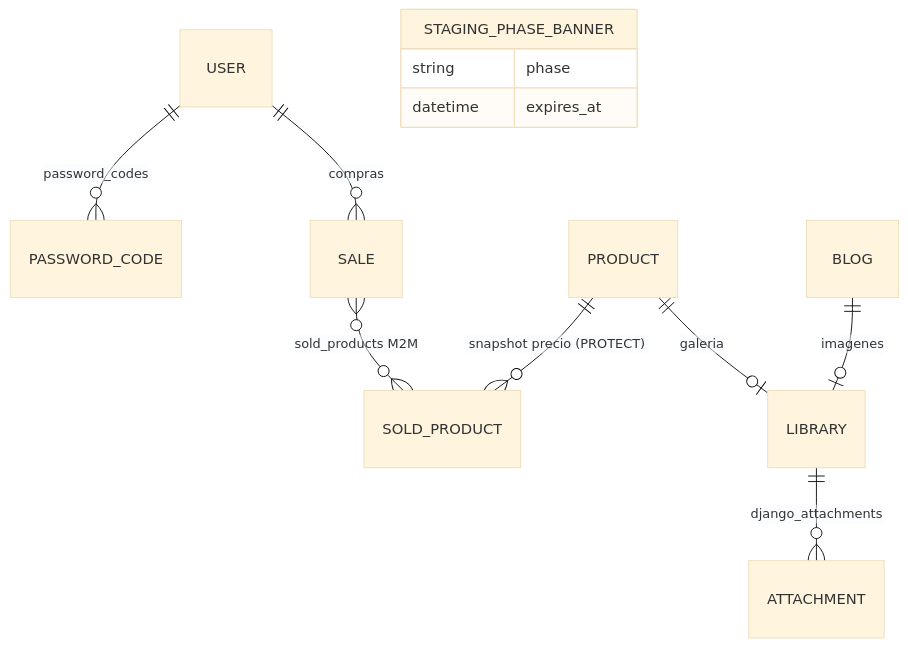
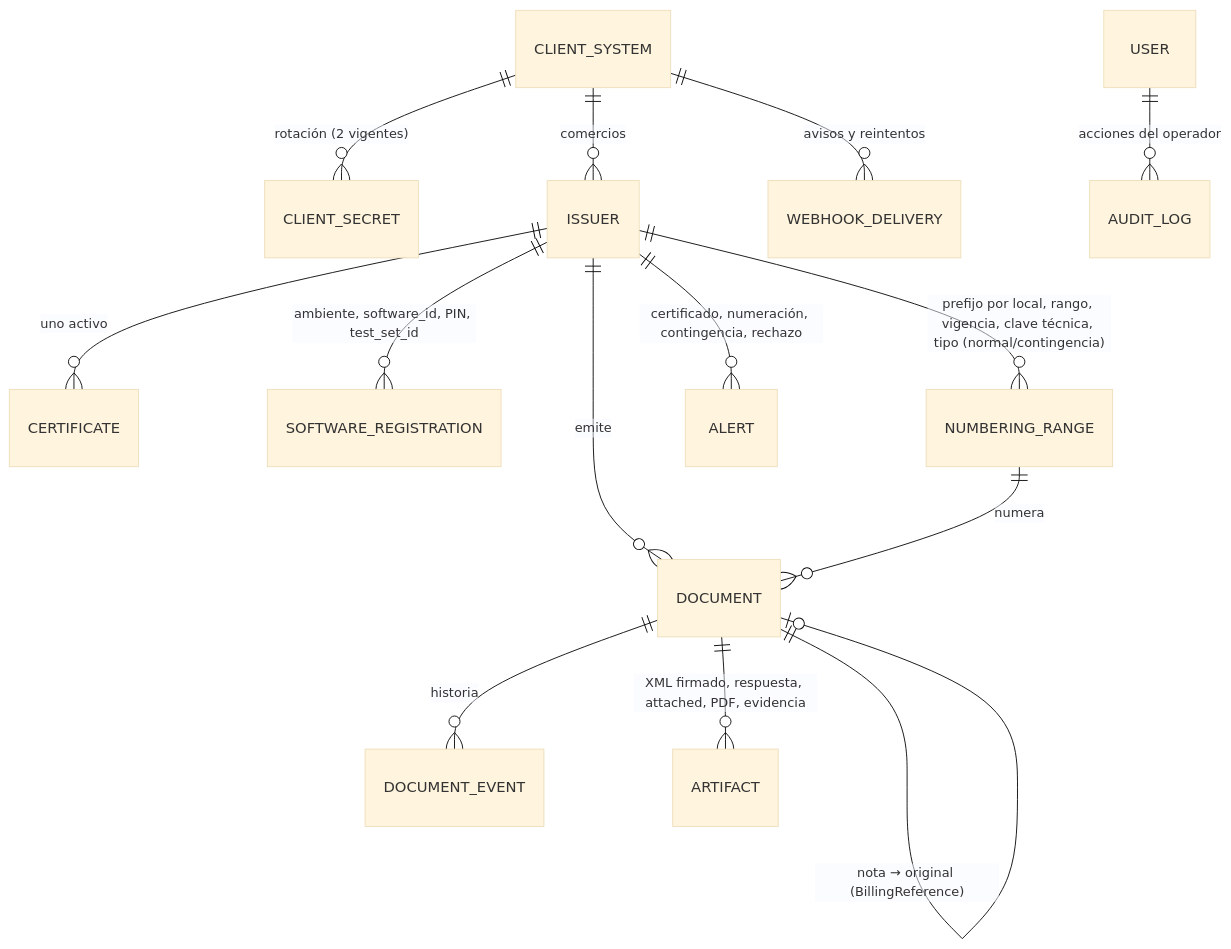
One commit to ProjectAppLabs/fiscal_project changed the fourth of 5 diagrams in docs/methodology/architecture.md. Above: the diagram before and after it, drawn with Mermaid (base theme). The commit also changed other lines of this file and 10 other files, not shown here.

````diff
--- a/docs/methodology/architecture.md
+++ b/docs/methodology/architecture.md
@@ -39,14 +90,16 @@
 ```mermaid
 erDiagram
-    USER ||--o{ PASSWORD_CODE : "password_codes"
-    USER ||--o{ SALE : "compras"
-    PRODUCT ||--o{ SOLD_PRODUCT : "snapshot precio (PROTECT)"
-    SALE }o--o{ SOLD_PRODUCT : "sold_products M2M"
-    LIBRARY ||--o{ ATTACHMENT : "django_attachments"
-    PRODUCT ||--o| LIBRARY : "galeria"
-    BLOG ||--o| LIBRARY : "imagenes"
-    STAGING_PHASE_BANNER {
-        string phase
-        datetime expires_at
-    }
+    CLIENT_SYSTEM ||--o{ CLIENT_SECRET : "rotación (2 vigentes)"
+    CLIENT_SYSTEM ||--o{ ISSUER : "comercios"
+    ISSUER ||--o{ CERTIFICATE : "uno activo"
+    ISSUER ||--o{ SOFTWARE_REGISTRATION : "ambiente, software_id, PIN, test_set_id"
+    ISSUER ||--o{ NUMBERING_RANGE : "prefijo por local, rango, vigencia, clave técnica, tipo (normal/contingencia)"
+    ISSUER ||--o{ DOCUMENT : "emite"
+    NUMBERING_RANGE ||--o{ DOCUMENT : "numera"
+    DOCUMENT ||--o{ DOCUMENT_EVENT : "historia"
+    DOCUMENT ||--o{ ARTIFACT : "XML firmado, respuesta, attached, PDF, evidencia"
+    DOCUMENT ||--o| DOCUMENT : "nota → original (BillingReference)"
+    CLIENT_SYSTEM ||--o{ WEBHOOK_DELIVERY : "avisos y reintentos"
+    ISSUER ||--o{ ALERT : "certificado, numeración, contingencia, rechazo"
+    USER ||--o{ AUDIT_LOG : "acciones del operador"
 ```
````
